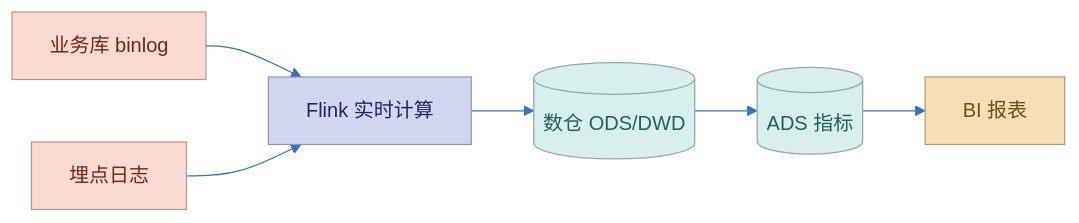
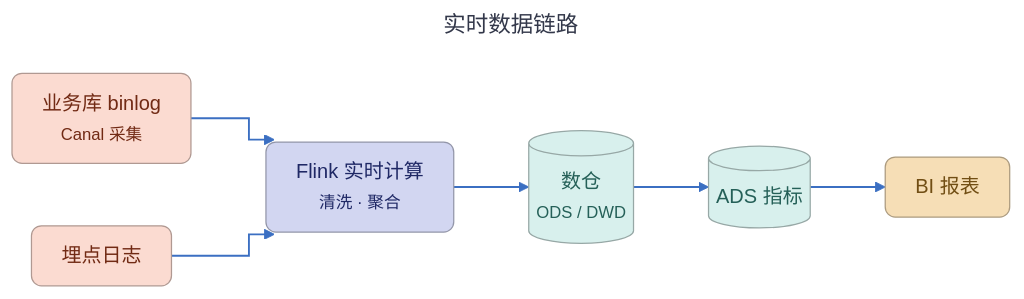
One commit to huang-hee/diagram-kit changed diagram 16 of 45 in docs/画图指南.md. Above: the diagram before and after it, drawn with Mermaid. The commit also changed other lines of this file and 248 other files, not shown here.

First line of the commit message:
feat: 示例按统一风格重做，补齐 42 张 drawio 整图示例，默认工具改为 drawio

````diff
--- a/docs/画图指南.md
+++ b/docs/画图指南.md
@@ -1235,36 +1330,44 @@
 ```mermaid
 ---
+title: "实时数据链路"
 config:
   theme: base
   fontFamily: "PingFang SC, Microsoft YaHei, Noto Sans CJK SC, Source Han Sans SC, sans-serif"
+  flowchart:
+    curve: "step"
+    nodeSpacing: 50
+    rankSpacing: 60
+    padding: 12
+    wrappingWidth: 300
   themeVariables:
     background: "#FFFFFF"
     primaryColor: "#FFFFFF"
     primaryBorderColor: "#3B6FC2"
     primaryTextColor: "#33384A"
     nodeTextColor: "#33384A"
     secondaryColor: "#FBDBD1"
     tertiaryColor: "#EBF1F9"
     lineColor: "#3B6FC2"
     textColor: "#33384A"
     clusterBkg: "#EBF1F9"
     clusterBorder: "#3B6FC2"
     edgeLabelBackground: "#FFFFFF"
     titleColor: "#33384A"
     noteBkgColor: "#FFF6CE"
     noteBorderColor: "#A6A086"
     noteTextColor: "#33384A"
 ---
 flowchart LR
-  A[业务库 binlog]:::source --> B[Flink 实时计算]:::compute
+  A["业务库 binlog<br><small>Canal 采集</small>"]:::source --> B["Flink 实时计算<br><small>清洗 · 聚合</small>"]:::compute
   L[埋点日志]:::source --> B
-  B --> C[(数仓 ODS/DWD)]:::store
-  C --> D[(ADS 指标)]:::store
+  B --> C[("数仓<br><small>ODS / DWD</small>")]:::store
+  C --> D[("ADS 指标")]:::store
   D --> E[BI 报表]:::consume
-classDef source fill:#FBDBD1,stroke:#B09992,color:#712A14
-classDef compute fill:#D2D6F1,stroke:#9396A9,color:#1F2865
-classDef store fill:#D8F0ED,stroke:#97A8A6,color:#256058
-classDef consume fill:#F6DEB6,stroke:#AC9B7F,color:#714E14
-classDef layer fill:#EBF1F9,stroke:#3B6FC2,color:#33384A,stroke-dasharray:5 4
+classDef source fill:#FBDBD1,stroke:#B09992,color:#712A14,rx:8,ry:8
+classDef compute fill:#D2D6F1,stroke:#9396A9,color:#1F2865,rx:8,ry:8
+classDef store fill:#D8F0ED,stroke:#97A8A6,color:#256058,rx:8,ry:8
+classDef consume fill:#F6DEB6,stroke:#AC9B7F,color:#714E14,rx:8,ry:8
+classDef layer fill:#EBF1F9,stroke:#3B6FC2,color:#33384A,stroke-dasharray:5 4,rx:8,ry:8
 %% 用法：节点 A:::source 或 class A,B source
+linkStyle default stroke-width:1.5px
 ```
````
